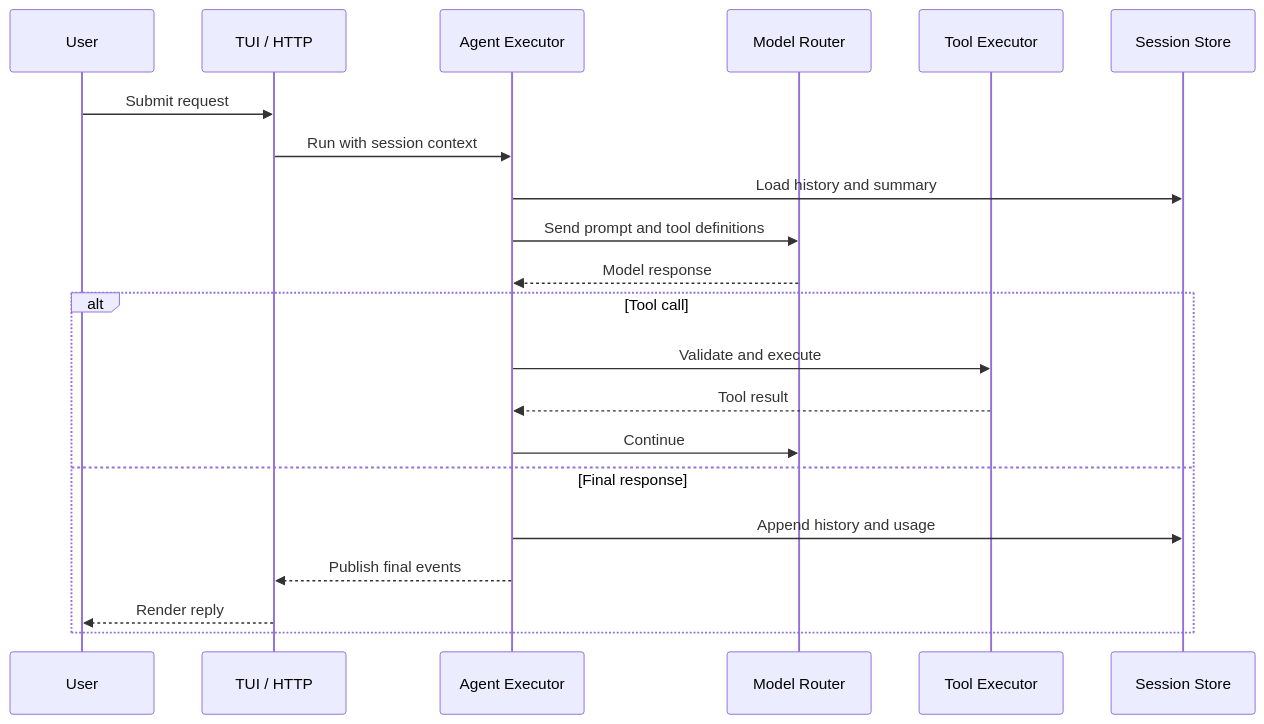
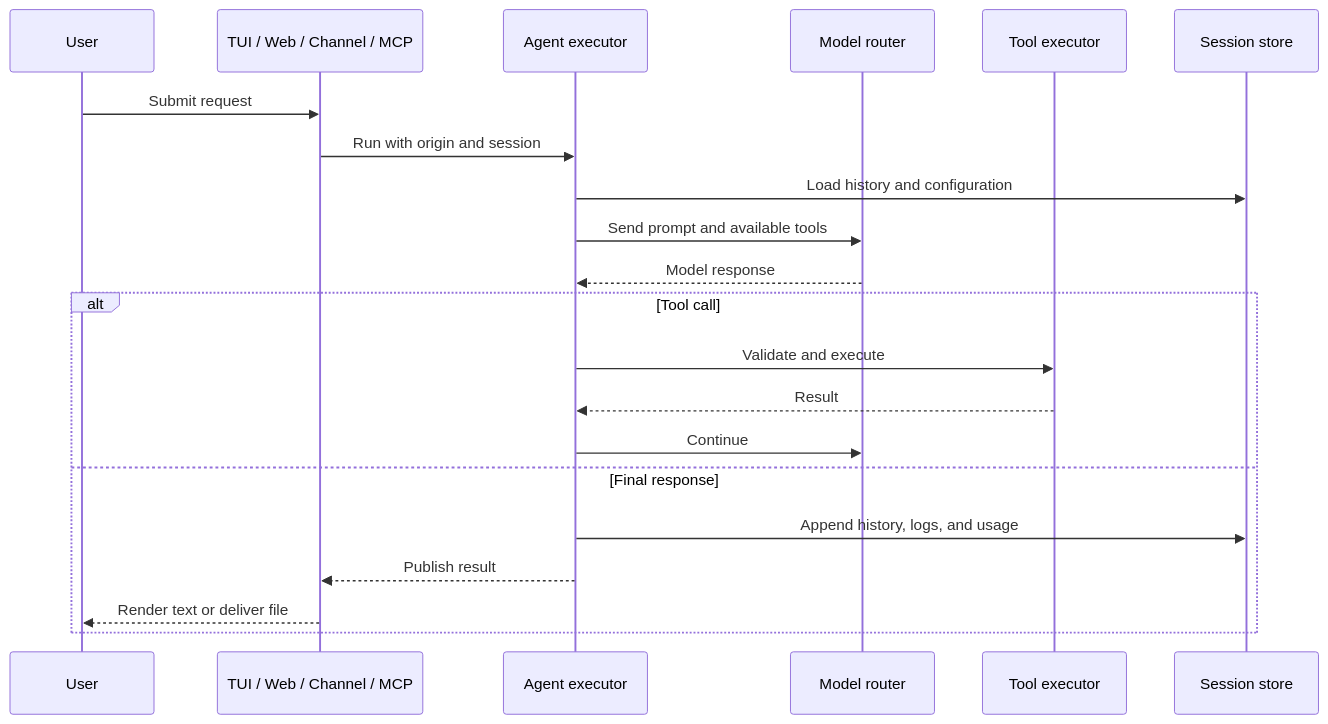
The eighth of 9 diagrams in doc/architecture.md (agenvoy/Agenvoy), drawn with Mermaid before and after one commit. The commit also changed other lines of this file and 5 other files, not shown here.

````diff
--- a/doc/architecture.md
+++ b/doc/architecture.md
@@ -224,24 +141,24 @@
 ```mermaid
 sequenceDiagram
     participant User
-    participant TUI as TUI / HTTP
-    participant Exec as Agent Executor
-    participant Router as Model Router
-    participant Tools as Tool Executor
-    participant Store as Session Store
+    participant Entry as TUI / Web / Channel / MCP
+    participant Exec as Agent executor
+    participant Router as Model router
+    participant Tools as Tool executor
+    participant Store as Session store
 
-    User->>TUI: Submit request
-    TUI->>Exec: Run with session context
-    Exec->>Store: Load history and summary
-    Exec->>Router: Send prompt and tool definitions
+    User->>Entry: Submit request
+    Entry->>Exec: Run with origin and session
+    Exec->>Store: Load history and configuration
+    Exec->>Router: Send prompt and available tools
     Router-->>Exec: Model response
     alt Tool call
         Exec->>Tools: Validate and execute
-        Tools-->>Exec: Tool result
+        Tools-->>Exec: Result
         Exec->>Router: Continue
     else Final response
-        Exec->>Store: Append history and usage
-        Exec-->>TUI: Publish final events
-        TUI-->>User: Render reply
+        Exec->>Store: Append history, logs, and usage
+        Exec-->>Entry: Publish result
+        Entry-->>User: Render text or deliver file
     end
 ```
````
